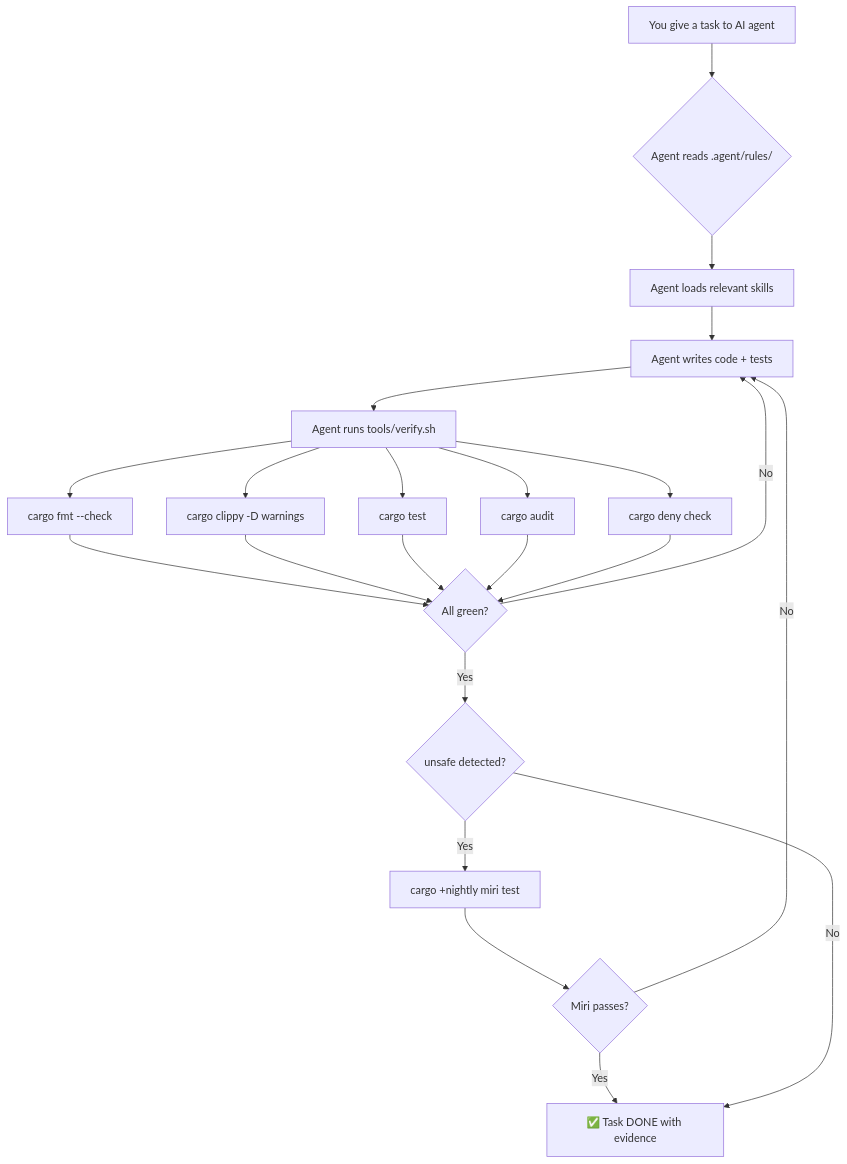
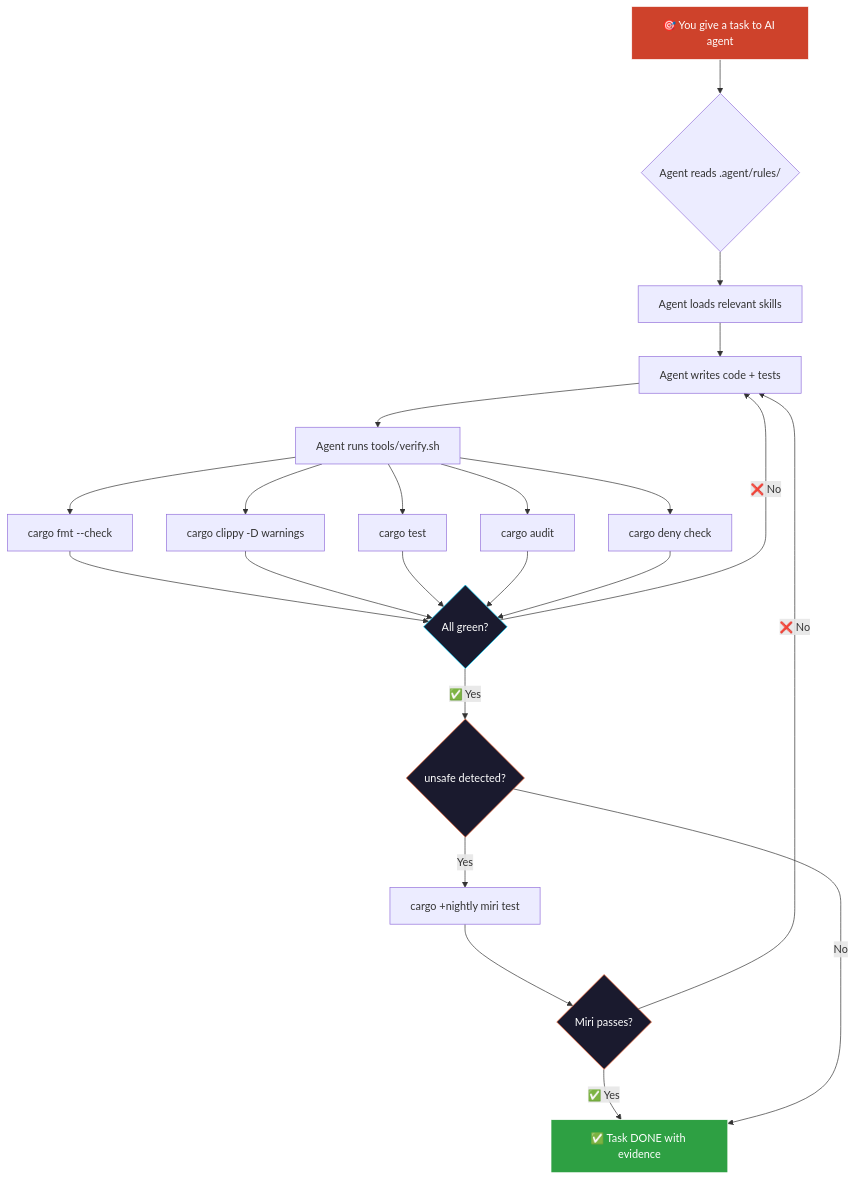
Before and after one commit to GravityZenAI/rust-ai-governance-pack: the diagram in README.md, drawn with Mermaid. The commit also changed other lines of this file, not shown here.

Commit message:
style: upgrade README visuals — colored Mermaid flowchart, side-by-side comparison table

````diff
--- a/README.md
+++ b/README.md
@@ -120,29 +120,35 @@
 ```mermaid
 flowchart TD
-    A[You give a task to AI agent] --> B{Agent reads .agent/rules/}
-    B --> C[Agent loads relevant skills]
-    C --> D[Agent writes code + tests]
-    D --> E[Agent runs tools/verify.sh]
+    A["🎯 You give a task to AI agent"] --> B{"Agent reads .agent/rules/"}
+    B --> C["Agent loads relevant skills"]
+    C --> D["Agent writes code + tests"]
+    D --> E["Agent runs tools/verify.sh"]
     
-    E --> F1[cargo fmt --check]
-    E --> F2[cargo clippy -D warnings]
-    E --> F3[cargo test]
-    E --> F4[cargo audit]
-    E --> F5[cargo deny check]
+    E --> F1["cargo fmt --check"]
+    E --> F2["cargo clippy -D warnings"]
+    E --> F3["cargo test"]
+    E --> F4["cargo audit"]
+    E --> F5["cargo deny check"]
     
-    F1 --> G{All green?}
+    F1 --> G{"All green?"}
     F2 --> G
     F3 --> G
     F4 --> G
     F5 --> G
     
-    G -->|No| D
-    G -->|Yes| H{unsafe detected?}
+    G -->|"❌ No"| D
+    G -->|"✅ Yes"| H{"unsafe detected?"}
     
-    H -->|Yes| I[cargo +nightly miri test]
-    I --> J{Miri passes?}
-    J -->|No| D
-    J -->|Yes| K[✅ Task DONE with evidence]
+    H -->|"Yes"| I["cargo +nightly miri test"]
+    I --> J{"Miri passes?"}
+    J -->|"❌ No"| D
+    J -->|"✅ Yes"| K["✅ Task DONE with evidence"]
     
-    H -->|No| K
+    H -->|"No"| K
+
+    style A fill:#CE422B,stroke:#fff,color:#fff
+    style K fill:#2ea043,stroke:#fff,color:#fff
+    style G fill:#1a1a2e,stroke:#00d4ff,color:#fff
+    style H fill:#1a1a2e,stroke:#ff6b35,color:#fff
+    style J fill:#1a1a2e,stroke:#ff6b35,color:#fff
 ```
````
